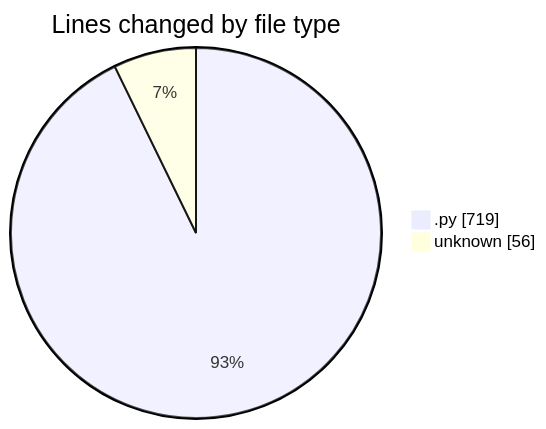
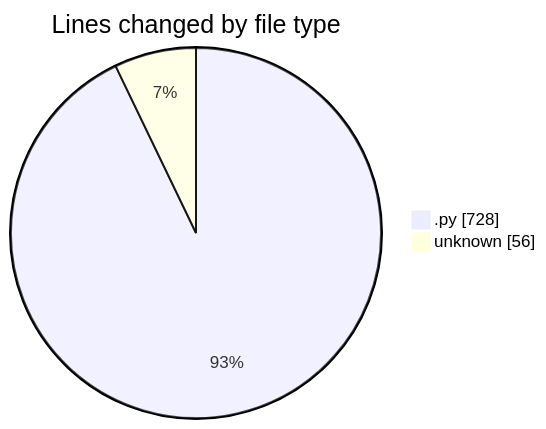
Before and after one commit to MatusMokan/code-tracking: the first of 2 diagrams in 2025-03-17/myws__workspace_/README.md, drawn with Mermaid. The commit also changed other lines of this file and 1 other file, not shown here.

````diff
--- a/2025-03-17/myws__workspace_/README.md
+++ b/2025-03-17/myws__workspace_/README.md
@@ -23,6 +23,6 @@
 ```mermaid
 pie showData
 title Lines changed by file type
-".py" : 719
+".py" : 728
 "unknown" : 56
 ```
````
